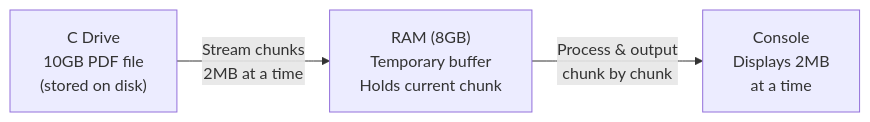
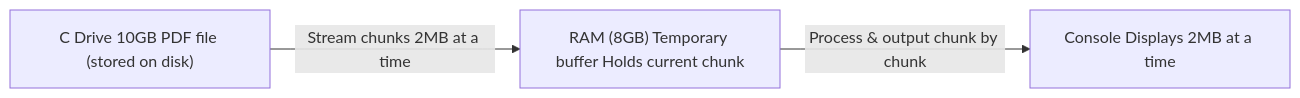
Before and after one commit to utk-281/node_0900: the diagram in NodeJS/Modules/Built In Modules/fs.md, drawn with Mermaid. The commit also changed other lines of this file, not shown here.

````diff
--- a/NodeJS/Modules/Built In Modules/fs.md
+++ b/NodeJS/Modules/Built In Modules/fs.md
@@ -572,5 +572,5 @@
 ```mermaid
 graph LR
-    A["C Drive\n10GB PDF file\n(stored on disk)"] -->|Stream chunks\n2MB at a time| B["RAM (8GB)\nTemporary buffer\nHolds current chunk"]
-    B -->|Process & output\nchunk by chunk| C["Console\nDisplays 2MB\nat a time"]
+    A["C Drive 10GB PDF file (stored on disk)"] -->|Stream chunks 2MB at a time| B["RAM (8GB) Temporary buffer Holds current chunk"]
+    B -->|Process & output chunk by chunk| C["Console Displays 2MB at a time"]
 ```
````
